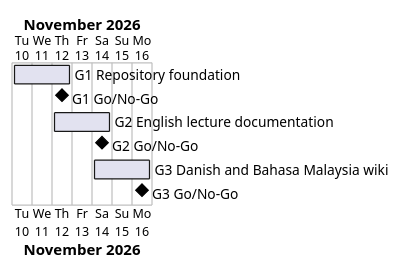
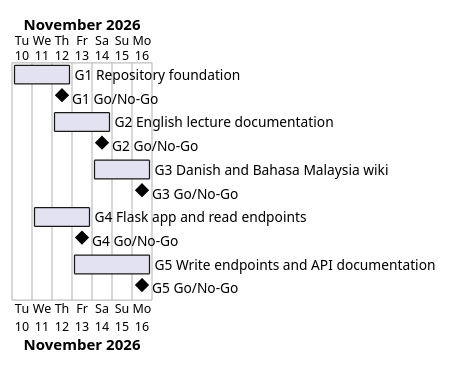
One commit to Tirsvad-Udemy-100-days-of-code/066-cafe-api changed the diagram in docs/project-plan.md. Above: the diagram before and after it, drawn with PlantUML. The commit also changed other lines of this file and 11 other files, not shown here.

First line of the commit message:
Plan G4 and G5: scope change to add the Flask cafe API

````diff
--- a/docs/project-plan.md
+++ b/docs/project-plan.md
@@ -38,11 +42,15 @@
 ```plantuml
 @startgantt
 Project starts 2026-11-10
 [G1 Repository foundation] starts 2026-11-10 and ends 2026-11-12
 [G1 Go/No-Go] happens 2026-11-12
 [G2 English lecture documentation] starts 2026-11-12 and ends 2026-11-14
 [G2 Go/No-Go] happens 2026-11-14
 [G3 Danish and Bahasa Malaysia wiki] starts 2026-11-14 and ends 2026-11-16
 [G3 Go/No-Go] happens 2026-11-16
+[G4 Flask app and read endpoints] starts 2026-11-11 and ends 2026-11-13
+[G4 Go/No-Go] happens 2026-11-13
+[G5 Write endpoints and API documentation] starts 2026-11-13 and ends 2026-11-16
+[G5 Go/No-Go] happens 2026-11-16
 @endgantt
 ```
````
